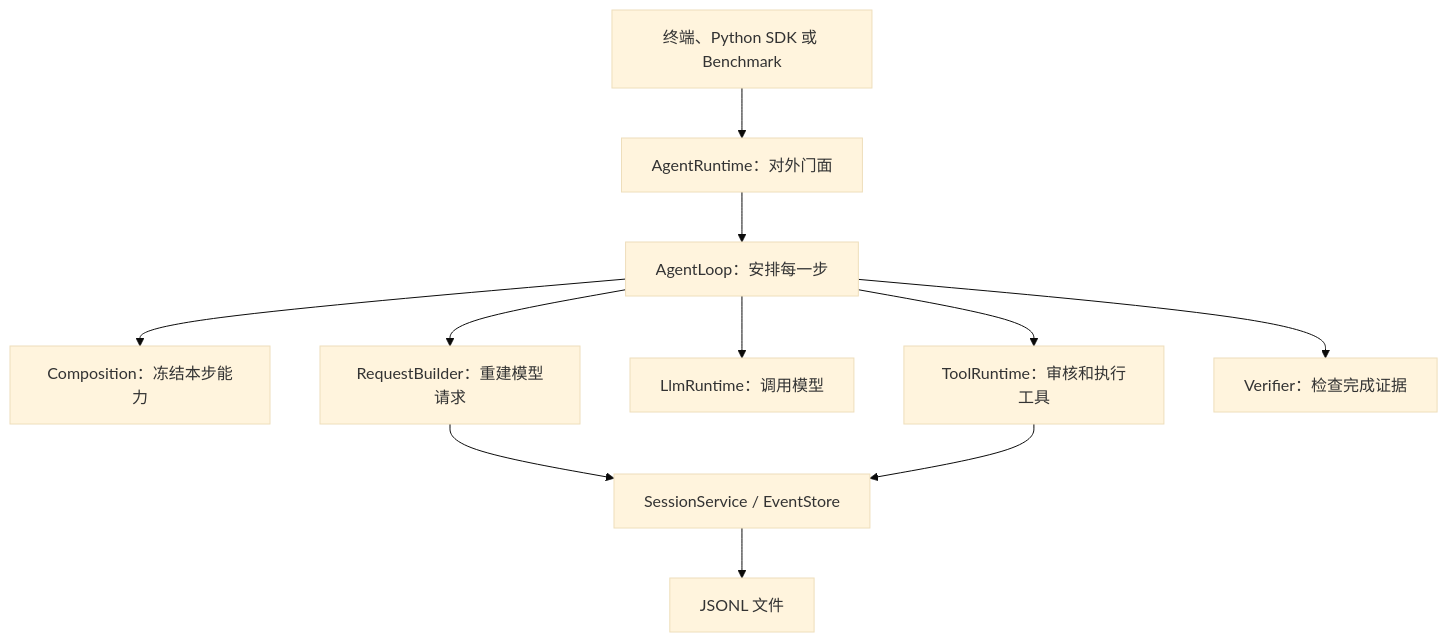
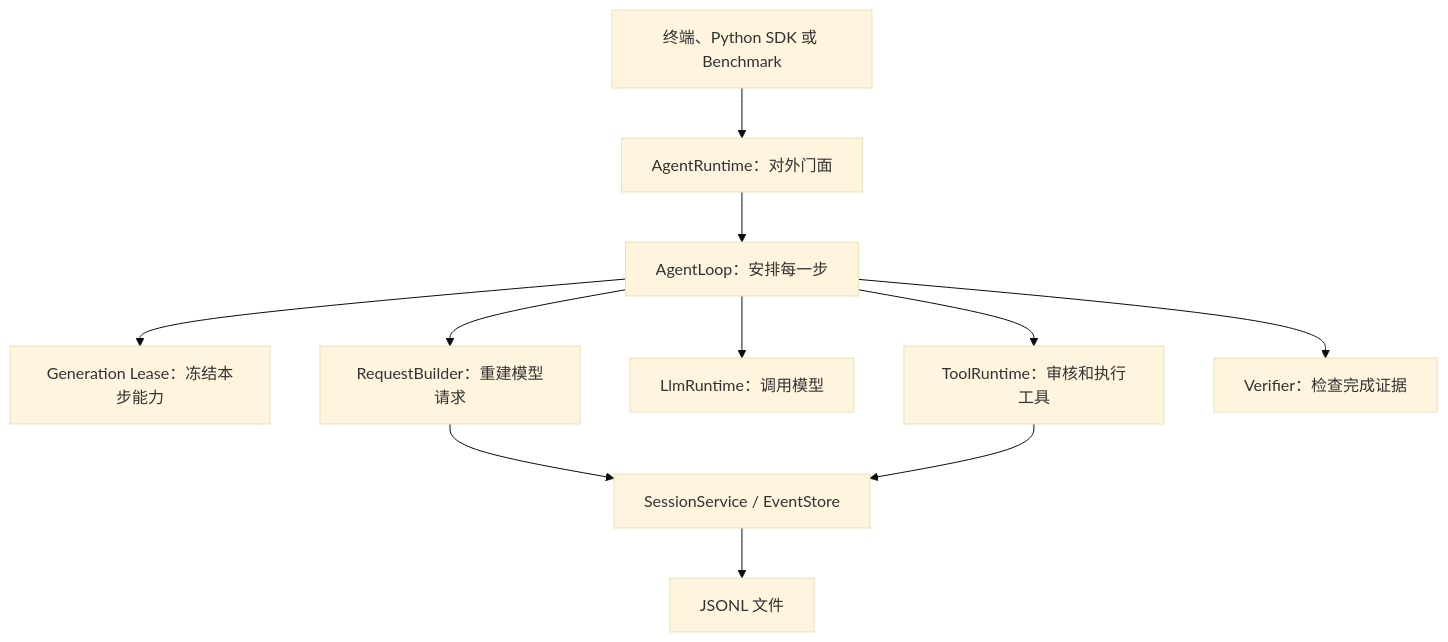
The second of 9 diagrams in docs/note/project-context-plain-zh.md (uboyme/traceHarness), drawn with Mermaid (base theme) before and after one commit. The commit also changed other lines of this file and 14 other files, not shown here.

First line of the commit message:
feat: add generation-backed composition lifecycle

````diff
--- a/docs/note/project-context-plain-zh.md
+++ b/docs/note/project-context-plain-zh.md
@@ -155,13 +155,13 @@
 ```mermaid
 flowchart TD
     ENTRY["终端、Python SDK 或 Benchmark"] --> FACADE["AgentRuntime：对外门面"]
     FACADE --> LOOP["AgentLoop：安排每一步"]
-    LOOP --> COMP["Composition：冻结本步能力"]
+    LOOP --> COMP["Generation Lease：冻结本步能力"]
     LOOP --> REQUEST["RequestBuilder：重建模型请求"]
     LOOP --> LLM["LlmRuntime：调用模型"]
     LOOP --> TOOLS["ToolRuntime：审核和执行工具"]
     LOOP --> VERIFIER["Verifier：检查完成证据"]
     REQUEST --> EVENTS["SessionService / EventStore"]
     TOOLS --> EVENTS
     EVENTS --> FILES["JSONL 文件"]
 ```
````
